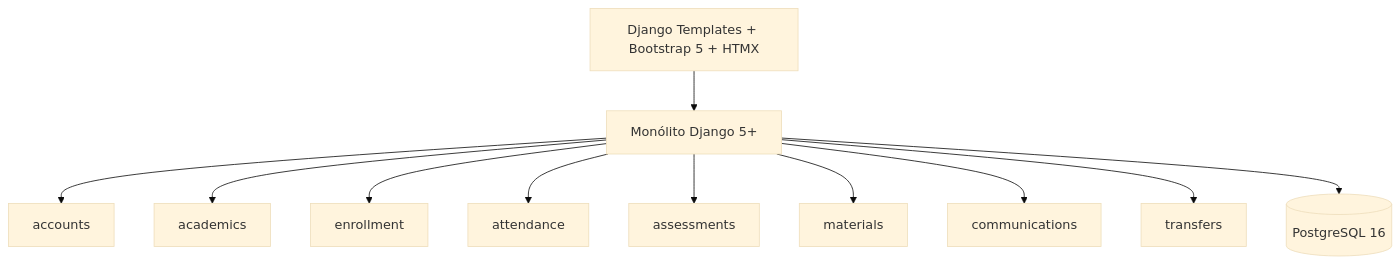
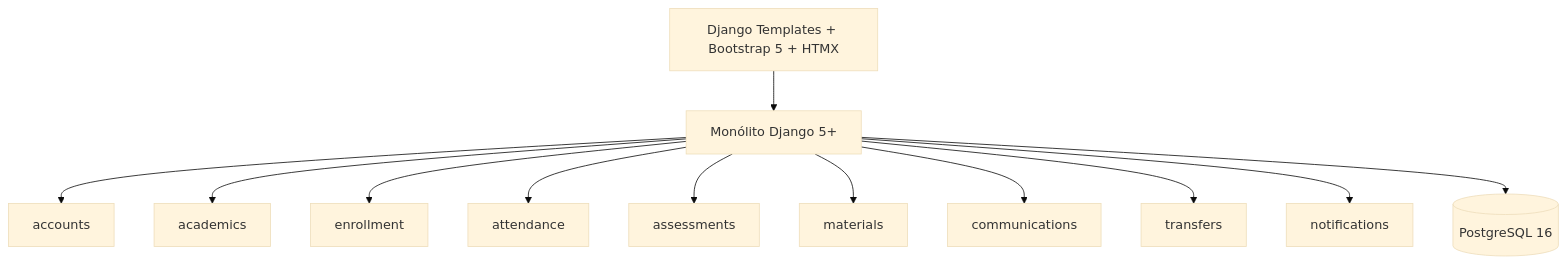
The first of 2 diagrams in docs/SGA-DOCUMENTO-CONSOLIDADO.md (joao-luizzz/SGA), drawn with Mermaid (base theme) before and after one commit. The commit also changed other lines of this file and 10 other files, not shown here.

````diff
--- a/docs/SGA-DOCUMENTO-CONSOLIDADO.md
+++ b/docs/SGA-DOCUMENTO-CONSOLIDADO.md
@@ -16,13 +16,14 @@
 ```mermaid
 flowchart TB
     UI[Django Templates + Bootstrap 5 + HTMX] --> APP[Monólito Django 5+]
     APP --> ACC[accounts]
     APP --> ACA[academics]
     APP --> ENR[enrollment]
     APP --> ATT[attendance]
     APP --> ASM[assessments]
     APP --> MAT[materials]
     APP --> COM[communications]
     APP --> TRN[transfers]
+    APP --> NTF[notifications]
     APP --> DB[(PostgreSQL 16)]
 ```
````
